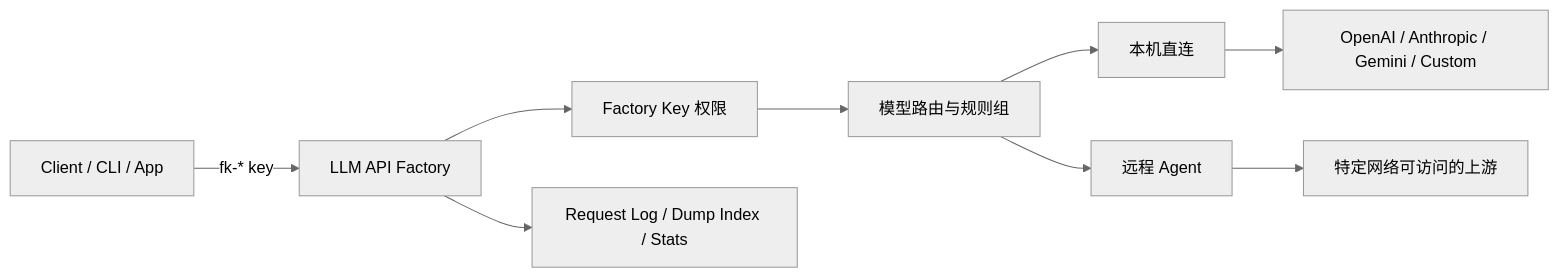
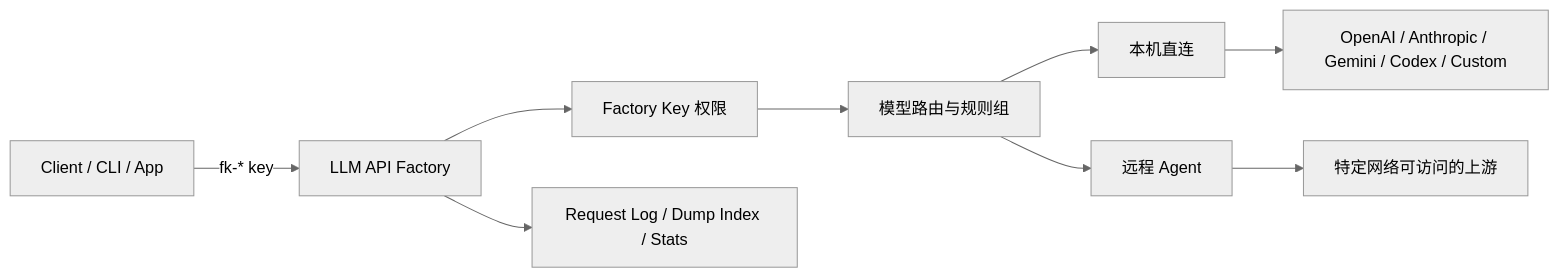
One commit to Kuaizr/llm_api_factory changed the first of 2 diagrams in README.md. Above: the diagram before and after it, drawn with Mermaid (neutral theme). The commit also changed other lines of this file and 5 other files, not shown here.

````diff
--- a/README.md
+++ b/README.md
@@ -31,11 +32,11 @@
 ```mermaid
 flowchart LR
     Client[Client / CLI / App] -->|fk-* key| Factory[LLM API Factory]
     Factory --> Auth[Factory Key 权限]
     Auth --> Router[模型路由与规则组]
     Router --> Direct[本机直连]
     Router --> Agent[远程 Agent]
-    Direct --> UpstreamA[OpenAI / Anthropic / Gemini / Custom]
+    Direct --> UpstreamA[OpenAI / Anthropic / Gemini / Codex / Custom]
     Agent --> UpstreamB[特定网络可访问的上游]
     Factory --> Logs[Request Log / Dump Index / Stats]
 ```
````
